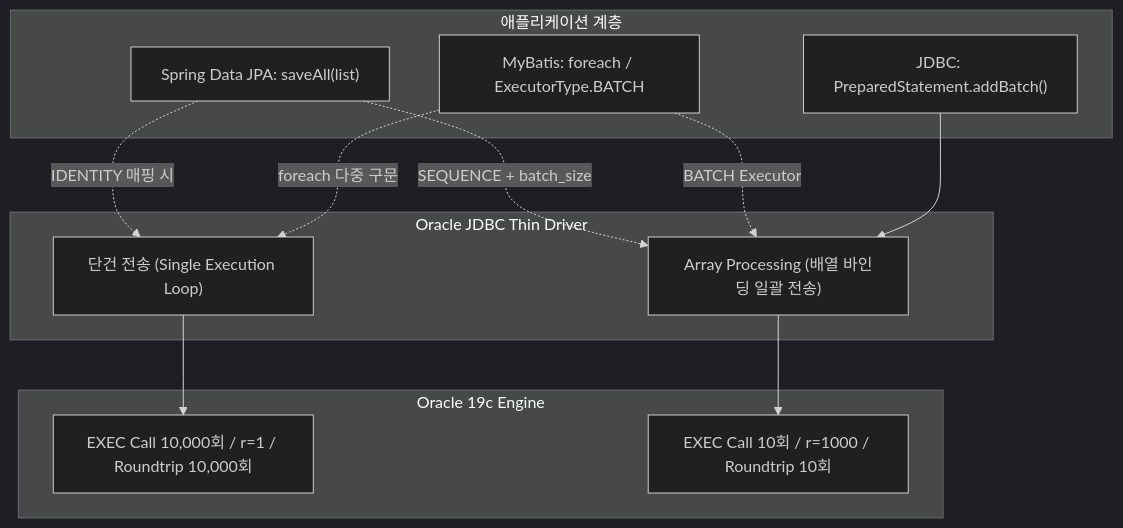
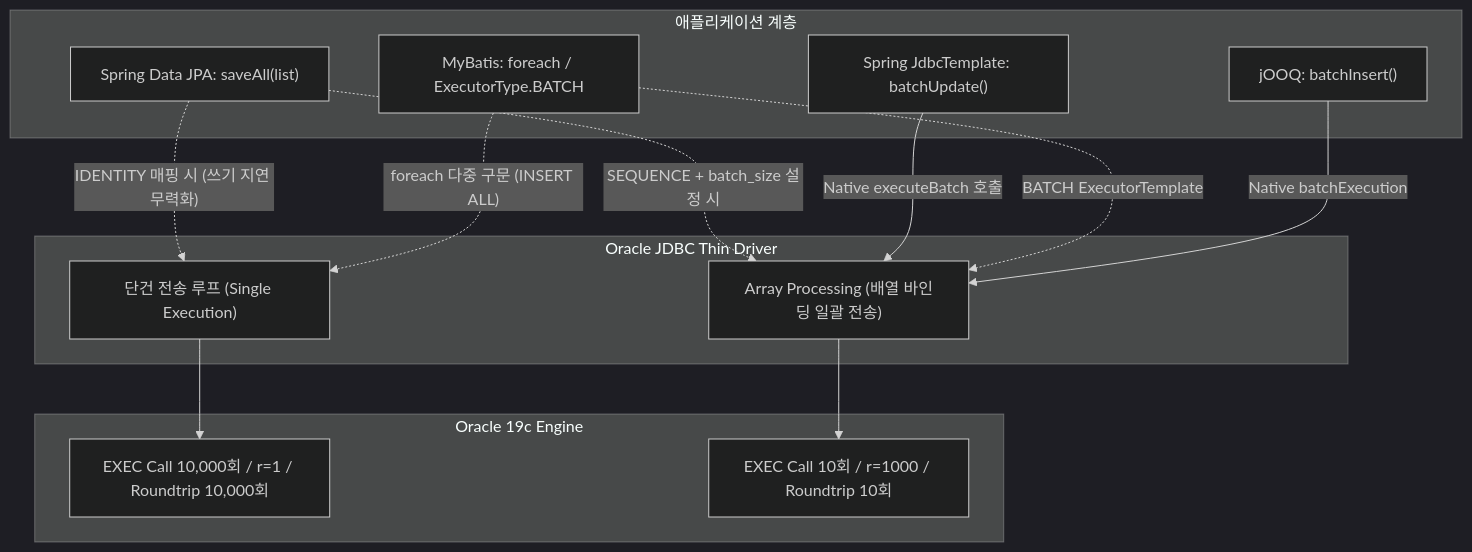
One commit to djpibo/djpibo.github.io changed the diagram in docs/dbms/oracle/bulk-insert-batching-and-oracle-verification.md. Above: the diagram before and after it, drawn with Mermaid (dark theme). The commit also changed other lines of this file, not shown here.

Commit message:
docs(oracle): restructure data access landscape and separate bulk insert mechanisms per technology

````diff
--- a/docs/dbms/oracle/bulk-insert-batching-and-oracle-verification.md
+++ b/docs/dbms/oracle/bulk-insert-batching-and-oracle-verification.md
@@ -26,26 +43,28 @@
 ```mermaid
 flowchart TD
     subgraph AppLayer["애플리케이션 계층"]
         A1["Spring Data JPA: saveAll(list)"]
-        A2["MyBatis: foreach / ExecutorType.BATCH"]
-        A3["JDBC: PreparedStatement.addBatch()"]
+        A2["Spring JdbcTemplate: batchUpdate()"]
+        A3["MyBatis: foreach / ExecutorType.BATCH"]
+        A4["jOOQ: batchInsert()"]
     end
 
     subgraph DriverLayer["Oracle JDBC Thin Driver"]
-        D1["단건 전송 (Single Execution Loop)"]
+        D1["단건 전송 루프 (Single Execution)"]
         D2["Array Processing (배열 바인딩 일괄 전송)"]
     end
 
     subgraph DBEngine["Oracle 19c Engine"]
         E1["EXEC Call 10,000회 / r=1 / Roundtrip 10,000회"]
         E2["EXEC Call 10회 / r=1000 / Roundtrip 10회"]
     end
 
-    A1 -.->|"IDENTITY 매핑 시"| D1
-    A1 -.->|"SEQUENCE + batch_size"| D2
-    A2 -.->|"foreach 다중 구문"| D1
-    A2 -.->|"BATCH Executor"| D2
-    A3 --> D2
+    A1 -.->|"IDENTITY 매핑 시 (쓰기 지연 무력화)"| D1
+    A1 -.->|"SEQUENCE + batch_size 설정 시"| D2
+    A2 -->|"Native executeBatch 호출"| D2
+    A3 -.->|"foreach 다중 구문 (INSERT ALL)"| D1
+    A3 -.->|"BATCH ExecutorTemplate"| D2
+    A4 -->|"Native batchExecution"| D2
     D1 --> E1
     D2 --> E2
 ```
````
